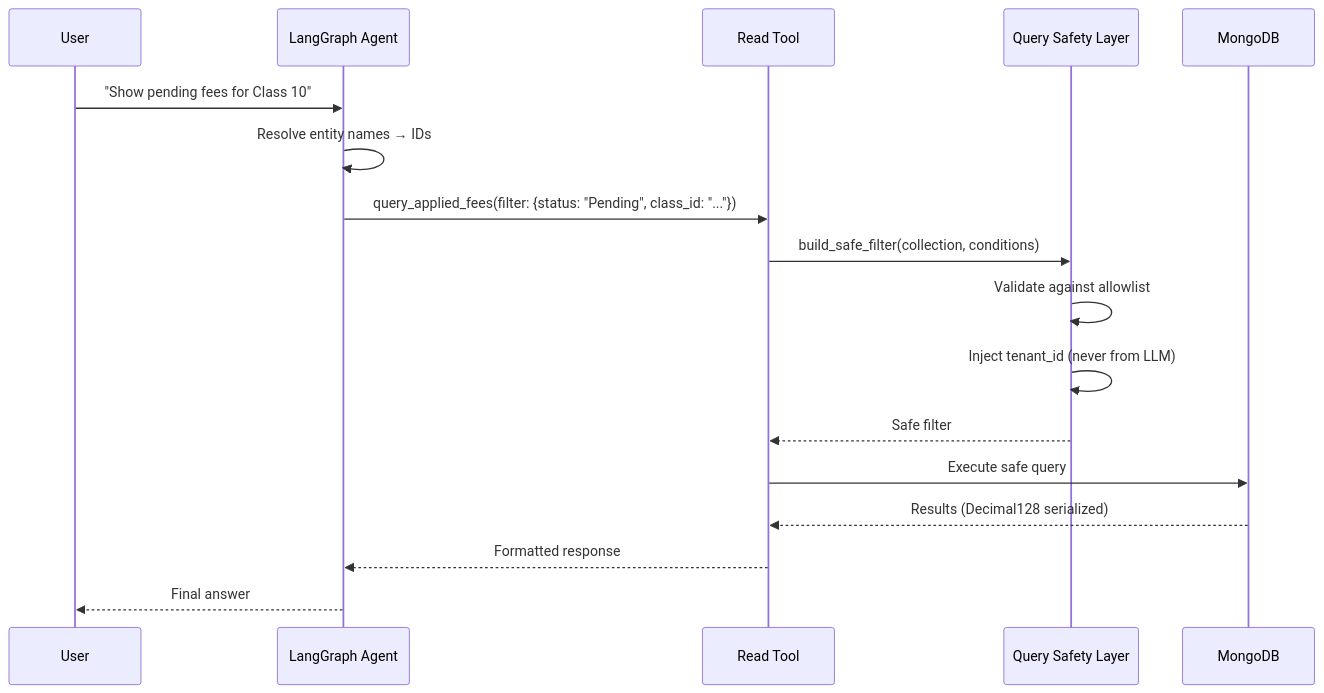
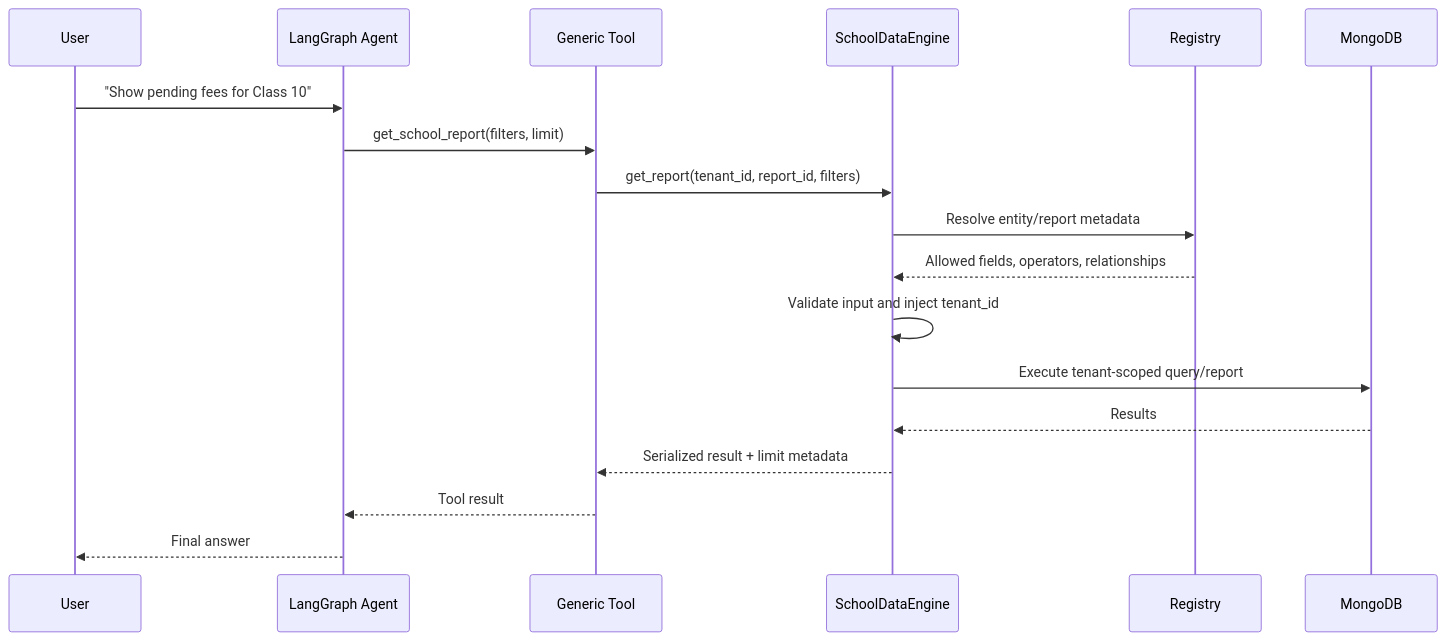
One commit to pawanm992002/AI_CHATBOT changed the ninth of 10 diagrams in README.md. Above: the diagram before and after it, drawn with Mermaid. The commit also changed other lines of this file and 16 other files, not shown here.

First line of the commit message:
Refactor school data services and enhance query safety

````diff
--- a/README.md
+++ b/README.md
@@ -1372,20 +1372,21 @@
 ```mermaid
 sequenceDiagram
     participant User
     participant LangGraph Agent
-    participant Read Tool
-    participant Query Safety Layer
+    participant Generic Tool
+    participant SchoolDataEngine
+    participant Registry
     participant MongoDB
 
     User->>LangGraph Agent: "Show pending fees for Class 10"
-    LangGraph Agent->>LangGraph Agent: Resolve entity names → IDs
-    LangGraph Agent->>Read Tool: query_applied_fees(filter: {status: "Pending", class_id: "..."})
-    Read Tool->>Query Safety Layer: build_safe_filter(collection, conditions)
-    Query Safety Layer->>Query Safety Layer: Validate against allowlist
-    Query Safety Layer->>Query Safety Layer: Inject tenant_id (never from LLM)
-    Query Safety Layer-->>Read Tool: Safe filter
-    Read Tool->>MongoDB: Execute safe query
-    MongoDB-->>Read Tool: Results (Decimal128 serialized)
-    Read Tool-->>LangGraph Agent: Formatted response
+    LangGraph Agent->>Generic Tool: get_school_report(filters, limit)
+    Generic Tool->>SchoolDataEngine: get_report(tenant_id, report_id, filters)
+    SchoolDataEngine->>Registry: Resolve entity/report metadata
+    Registry-->>SchoolDataEngine: Allowed fields, operators, relationships
+    SchoolDataEngine->>SchoolDataEngine: Validate input and inject tenant_id
+    SchoolDataEngine->>MongoDB: Execute tenant-scoped query/report
+    MongoDB-->>SchoolDataEngine: Results
+    SchoolDataEngine-->>Generic Tool: Serialized result + limit metadata
+    Generic Tool-->>LangGraph Agent: Tool result
     LangGraph Agent-->>User: Final answer
 ```
````
